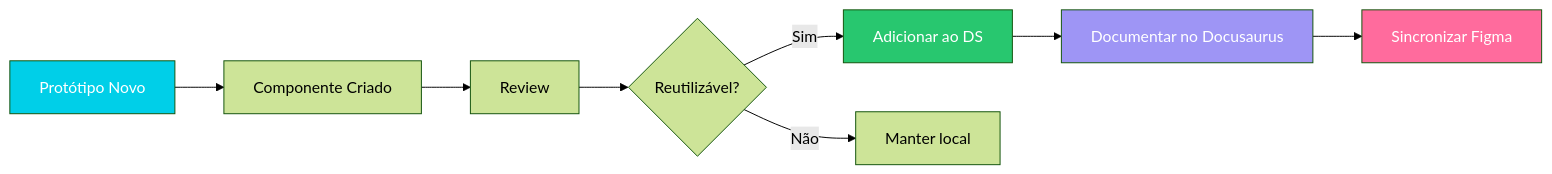
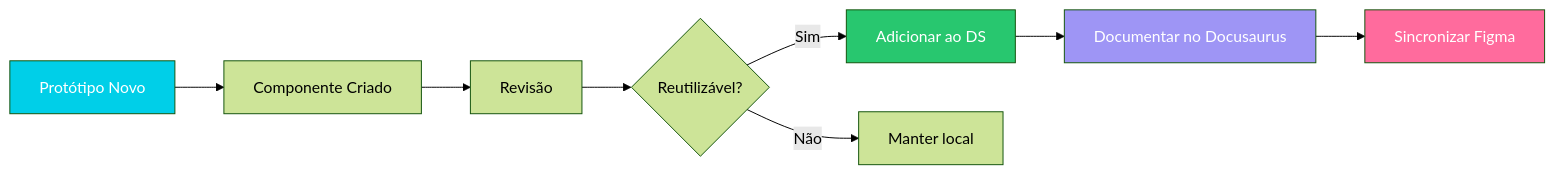
The fifth of 5 diagrams in documentation/docs/produto/design-process.md (fabioeducacross/Ambiente_de_Prototipacao_V5), drawn with Mermaid (forest theme) before and after one commit. The commit also changed other lines of this file, not shown here.

````diff
--- a/documentation/docs/produto/design-process.md
+++ b/documentation/docs/produto/design-process.md
@@ -543,15 +543,15 @@
 ```mermaid
 graph LR
     A[Protótipo Novo] --> B[Componente Criado]
-    B --> C[Review]
+    B --> C[Revisão]
     C --> D{Reutilizável?}
     D -->|Sim| E[Adicionar ao DS]
     D -->|Não| F[Manter local]
     E --> G[Documentar no Docusaurus]
     G --> H[Sincronizar Figma]
 
     style A fill:#00CFE8,color:#fff
     style E fill:#28C76F,color:#fff
     style G fill:#9E95F5,color:#fff
     style H fill:#FF6B9D,color:#fff
 ```
````
